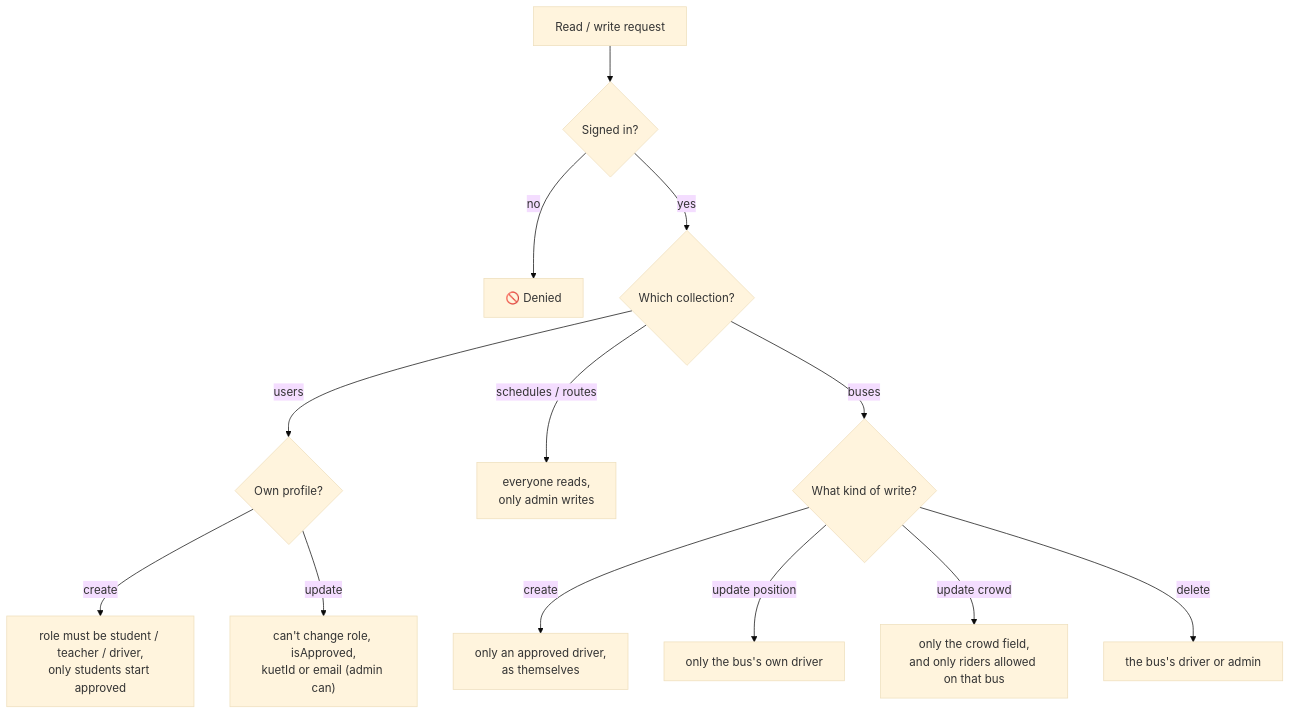
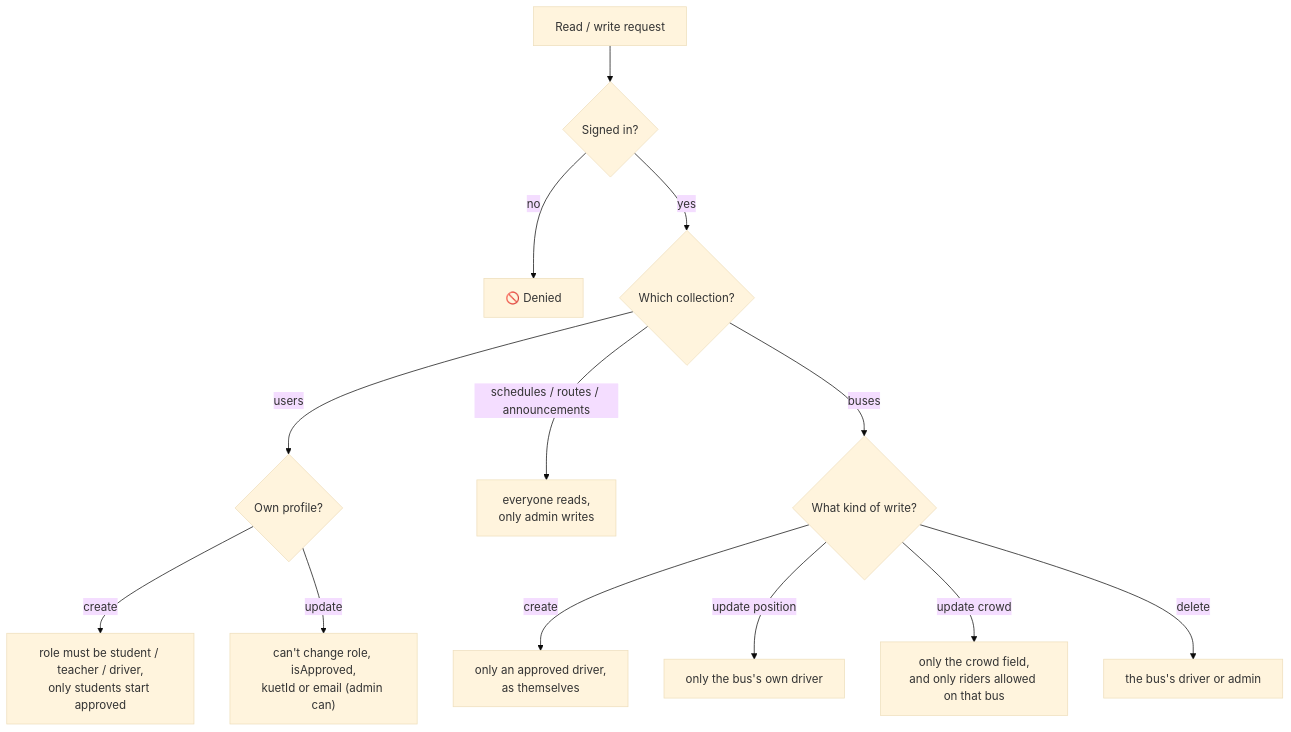
One commit to shadowfax-505/KUETBusLive changed diagram 25 of 27 in README.md. Above: the diagram before and after it, drawn with Mermaid (base theme). The commit also changed other lines of this file and 9 other files, not shown here.

````diff
--- a/README.md
+++ b/README.md
@@ -724,18 +1018,18 @@
 ```mermaid
 flowchart TB
     REQ["Read / write request"] --> SIGNED{"Signed in?"}
     SIGNED -->|no| DENY["🚫 Denied"]
     SIGNED -->|yes| WHAT{"Which collection?"}
 
     WHAT -->|users| U{"Own profile?"}
     U -->|"create"| UC["role must be student / teacher / driver,<br/>only students start approved"]
     U -->|"update"| UU["can't change role, isApproved,<br/>kuetId or email (admin can)"]
 
-    WHAT -->|"schedules / routes"| SR["everyone reads,<br/>only admin writes"]
+    WHAT -->|"schedules / routes / announcements"| SR["everyone reads,<br/>only admin writes"]
 
     WHAT -->|buses| B{"What kind of write?"}
     B -->|create| BC["only an approved driver,<br/>as themselves"]
     B -->|"update position"| BU["only the bus's own driver"]
     B -->|"update crowd"| BCR["only the crowd field,<br/>and only riders allowed on that bus"]
     B -->|delete| BD["the bus's driver or admin"]
 ```
````
